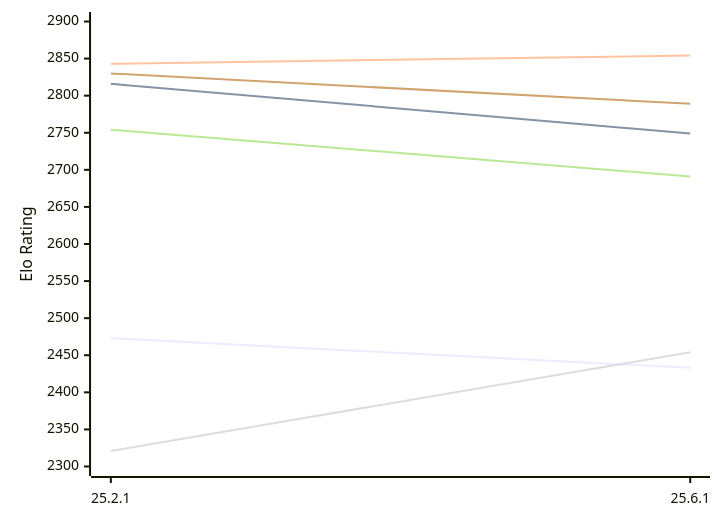
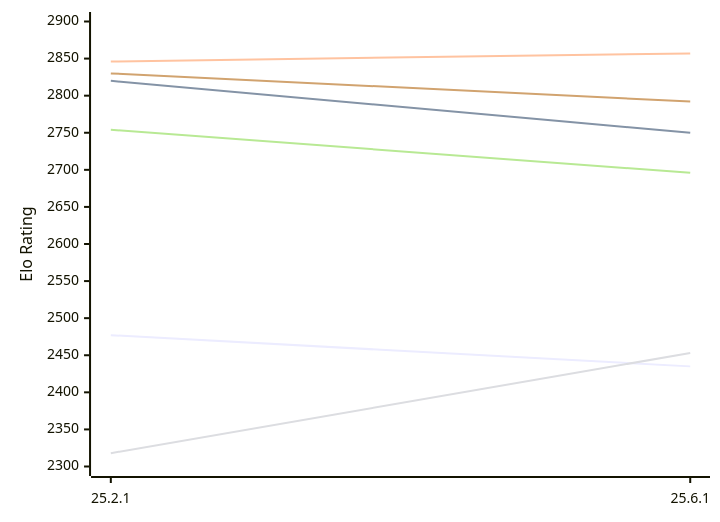
Before and after one commit to computer-chess-index/cci: the first of 2 diagrams in engines/Crafty.md, drawn with Mermaid. The commit also changed other lines of this file, not shown here.

Commit message:
Update CCI Ratings (ELO VLTC) - 2026-11-22

````diff
--- a/engines/Crafty.md
+++ b/engines/Crafty.md
@@ -50,12 +50,12 @@
 ```mermaid
 %%{init: {"theme":"base","themeVariables":{"seriesColors:['#a3a3a3','#222221','#faa371']}}}%%
 xychart-beta
   x-axis ["25.2.1", "25.6.1"]
   y-axis "Elo Rating" 2300 --> 2900
-  line "E1: STC (8.0+0.08s)" [2473, 2433]
-  line "E1: LTC (60.0+0.60s)" [2816, 2749]
-  line "E1: VLTC (2m24s+1.12s)" [2843, 2854]
-  line "P1: STC (8.0+0.08s)" [2321, 2454]
-  line "P1: LTC (60.0+0.60s)" [2754, 2691]
-  line "P1: VLTC (2m24s+1.12s)" [2830, 2789]
+  line "E1: STC (8.0+0.08s)" [2477, 2435]
+  line "E1: LTC (60.0+0.60s)" [2820, 2750]
+  line "E1: VLTC (2m24s+1.12s)" [2846, 2857]
+  line "P1: STC (8.0+0.08s)" [2318, 2453]
+  line "P1: LTC (60.0+0.60s)" [2754, 2696]
+  line "P1: VLTC (2m24s+1.12s)" [2830, 2792]
 ```
````
